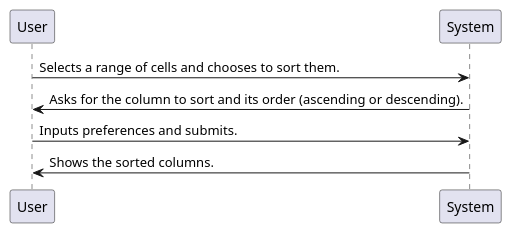
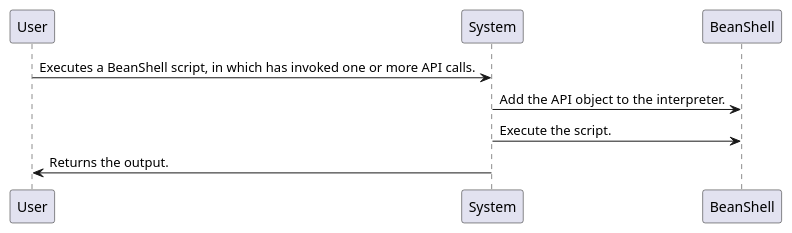
Before and after one commit to RubenTeixeira/cleansheets_isep_2dg_2016: the diagram in src/main/java/csheets/worklog/n1140423/sprint4/analysis.puml, drawn with PlantUML. The commit also changed 1 other file, not shown here.

```diff
--- a/src/main/java/csheets/worklog/n1140423/sprint4/analysis.puml
+++ b/src/main/java/csheets/worklog/n1140423/sprint4/analysis.puml
@@ -1,11 +1,12 @@
 @startuml doc-files/analysis.png
 
 participant "User" as User
 participant "System" as System
+participant "BeanShell" as BeanShell
 
-User->System : Selects a range of cells and chooses to sort them.
-System->User: Asks for the column to sort and its order (ascending or descending).
-User->System: Inputs preferences and submits.
-System->User: Shows the sorted columns.
+User->System : Executes a BeanShell script, in which has invoked one or more API calls.
+System->BeanShell: Add the API object to the interpreter.
+System->BeanShell: Execute the script.
+System->User: Returns the output.
 
 @enduml
```
